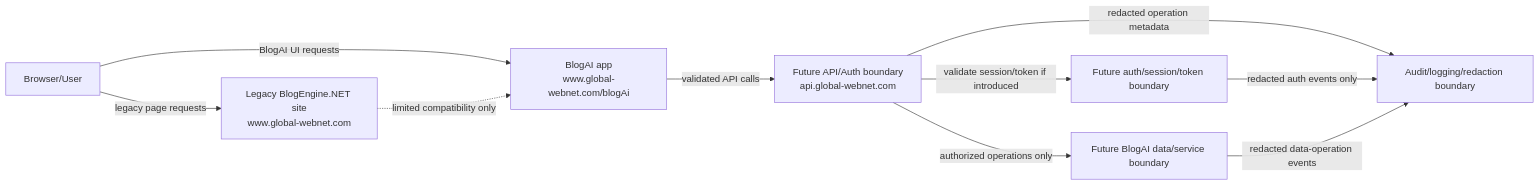
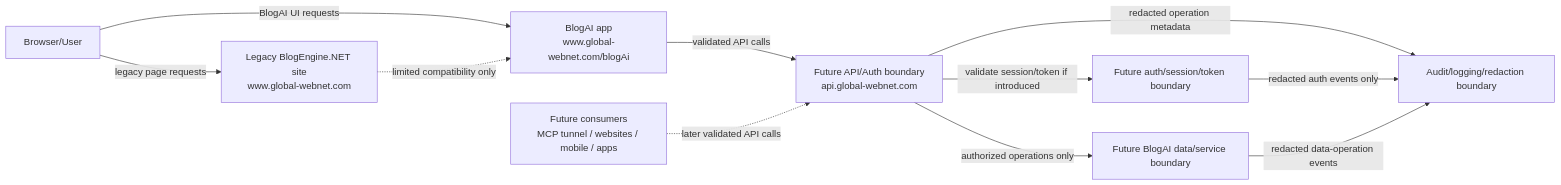
One commit to BillKrat/vs-mcp-bridge changed the diagram in docs/blogai-auth-trust-boundary-flow.md. Above: the diagram before and after it, drawn with Mermaid. The commit also changed other lines of this file and 6 other files, not shown here.

````diff
--- a/docs/blogai-auth-trust-boundary-flow.md
+++ b/docs/blogai-auth-trust-boundary-flow.md
@@ -11,20 +13,22 @@
 ```mermaid
 flowchart LR
     User["Browser/User"]
     Legacy["Legacy BlogEngine.NET site<br/>www.global-webnet.com"]
     BlogAI["BlogAI app<br/>www.global-webnet.com/blogAi"]
     API["Future API/Auth boundary<br/>api.global-webnet.com"]
     Auth["Future auth/session/token boundary"]
     Data["Future BlogAI data/service boundary"]
+    Future["Future consumers<br/>MCP tunnel / websites / mobile / apps"]
     Audit["Audit/logging/redaction boundary"]
 
     User -->|"legacy page requests"| Legacy
     User -->|"BlogAI UI requests"| BlogAI
     BlogAI -->|"validated API calls"| API
     API -->|"validate session/token if introduced"| Auth
     API -->|"authorized operations only"| Data
+    Future -.->|"later validated API calls"| API
     Legacy -.->|"limited compatibility only"| BlogAI
     API -->|"redacted operation metadata"| Audit
     Auth -->|"redacted auth events only"| Audit
     Data -->|"redacted data-operation events"| Audit
 ```
````
